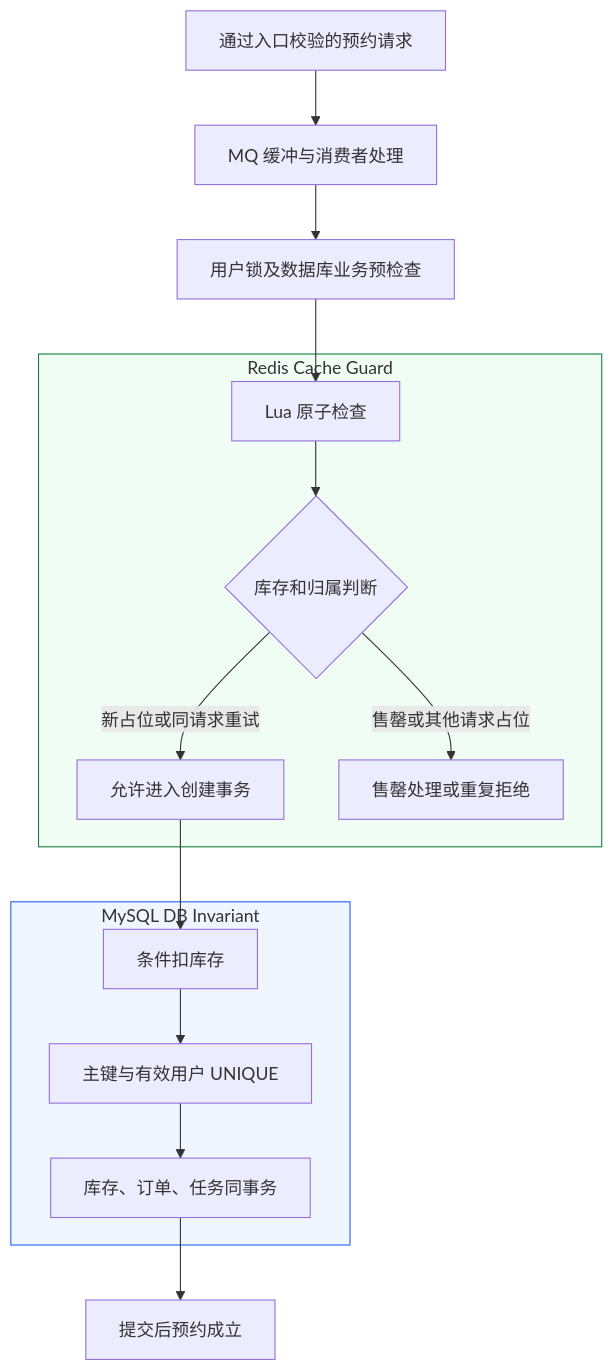
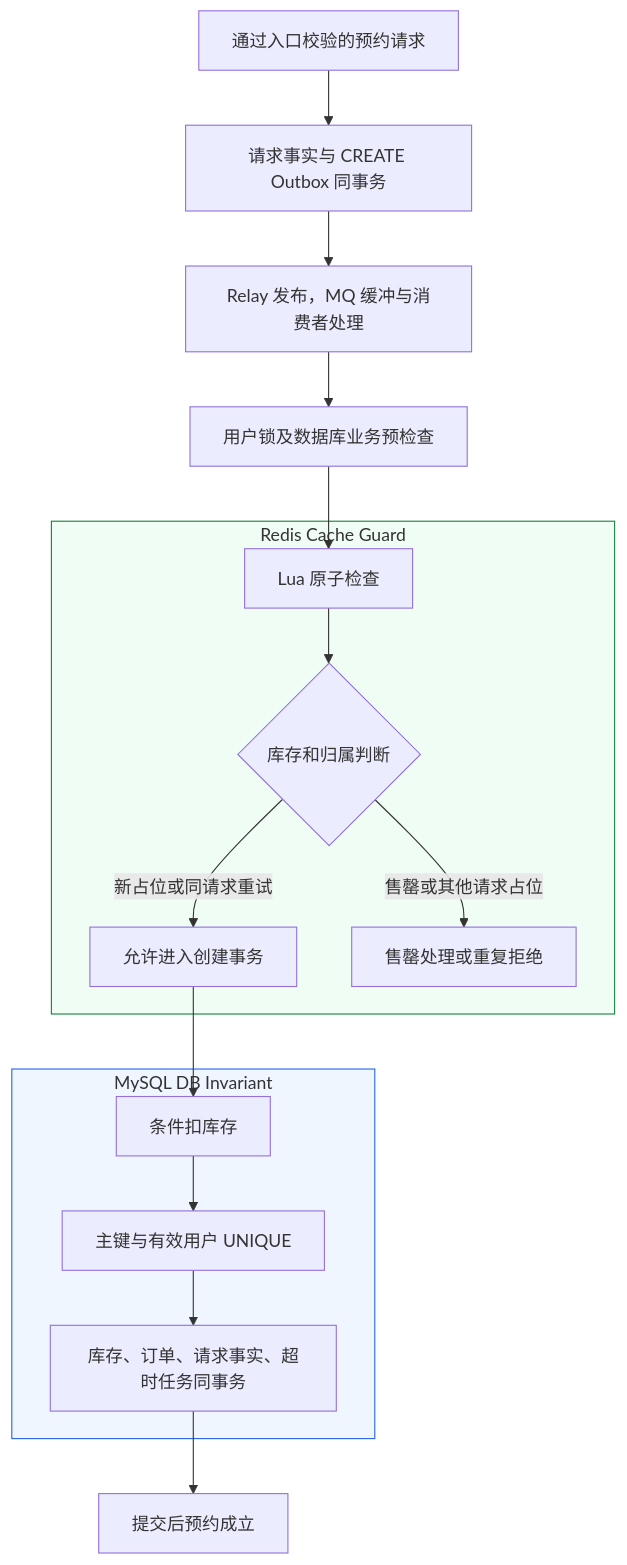
One commit to SyH-101/citypass-platform changed diagram 11 of 12 in 01-异步预约与防超卖.md. Above: the diagram before and after it, drawn with Mermaid. The commit also changed other lines of this file and 1 other file, not shown here.

````diff
--- a/01-异步预约与防超卖.md
+++ b/01-异步预约与防超卖.md
@@ -927,19 +966,20 @@
 ```mermaid
 flowchart TD
-    H[通过入口校验的预约请求] --> Q[MQ 缓冲与消费者处理]
+    H[通过入口校验的预约请求] --> O[请求事实与 CREATE Outbox 同事务]
+    O --> Q[Relay 发布，MQ 缓冲与消费者处理]
     Q --> P[用户锁及数据库业务预检查]
     P --> L
     subgraph redis["Redis Cache Guard"]
         L[Lua 原子检查] --> G{库存和归属判断}
         G -->|新占位或同请求重试| A[允许进入创建事务]
         G -->|售罄或其他请求占位| F[售罄处理或重复拒绝]
     end
     A --> U
     subgraph mysql["MySQL DB Invariant"]
         U[条件扣库存] --> I[主键与有效用户 UNIQUE]
-        I --> T[库存、订单、任务同事务]
+        I --> T[库存、订单、请求事实、超时任务同事务]
     end
     T --> S[提交后预约成立]
     style redis fill:#f0fdf4,stroke:#15803d
     style mysql fill:#eff6ff,stroke:#2563eb
 ```
````
